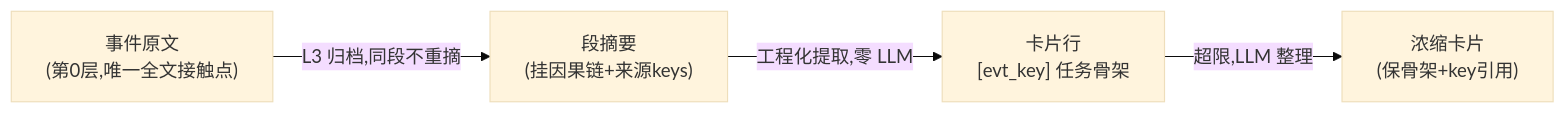
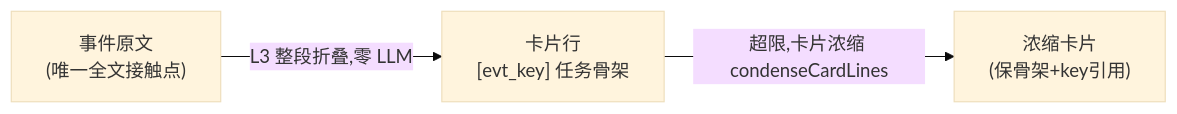
Before and after one commit to SpellingDragon/tagent: the third of 5 diagrams in README.md, drawn with Mermaid (base theme). The commit also changed other lines of this file and 59 other files, not shown here.

````diff
--- a/README.md
+++ b/README.md
@@ -134,6 +134,5 @@
 ```mermaid
 graph LR
-    A["事件原文<br/>(第0层,唯一全文接触点)"] -->|L3 归档,同段不重摘| B["段摘要<br/>(挂因果链+来源keys)"]
-    B -->|工程化提取,零 LLM| C["卡片行<br/>[evt_key] 任务骨架"]
-    C -->|超限,LLM 整理| D["浓缩卡片<br/>(保骨架+key引用)"]
+    A["事件原文<br/>(唯一全文接触点)"] -->|L3 整段折叠,零 LLM| C["卡片行<br/>[evt_key] 任务骨架"]
+    C -->|超限,卡片浓缩 condenseCardLines| D["浓缩卡片<br/>(保骨架+key引用)"]
 ```
````
